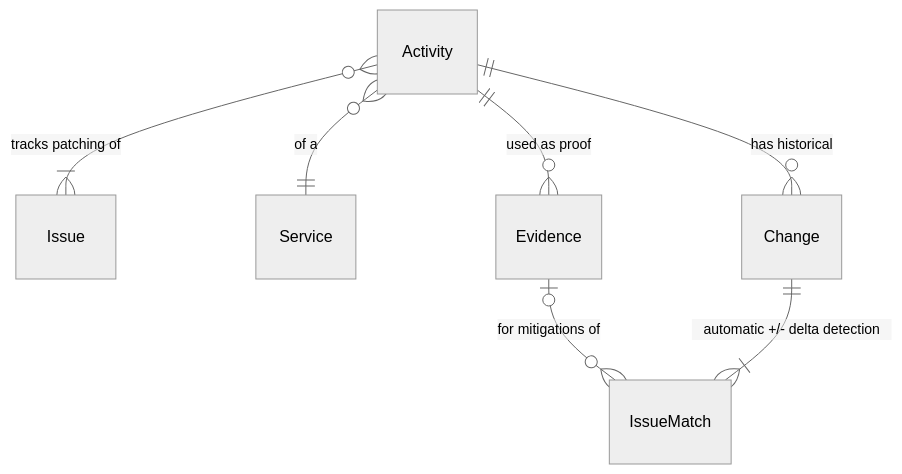
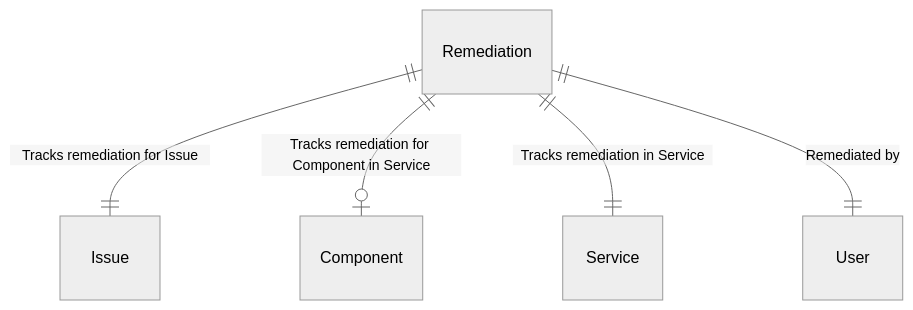
Before and after one commit to cloudoperators/heureka: the second of 6 diagrams in docs/entity_relationships.md, drawn with Mermaid (neutral theme). The commit also changed other lines of this file, not shown here.

Commit message:
doc: add remediation and patch to er diagram

````diff
--- a/docs/entity_relationships.md
+++ b/docs/entity_relationships.md
@@ -32,9 +32,7 @@
 ```mermaid
 erDiagram
-    Activity                }o--|{ Issue: "tracks patching of"
-    Activity                }o--|| Service: "of a" 
-    Activity                ||--o{ Evidence: "used as proof"
-    Evidence                |o--o{ IssueMatch: "for mitigations of"
-    Activity                ||--o{ Change: "has historical"
-    Change                  ||--|{ IssueMatch: "automatic +/- delta detection"
+    Remediation             ||--|| Issue: "Tracks remediation for Issue"
+    Remediation             ||--o| Component: "Tracks remediation for Component in Service"
+    Remediation             ||--|| Service: "Tracks remediation in Service"
+    Remediation             ||--|| User: "Remediated by"
 ```
````
